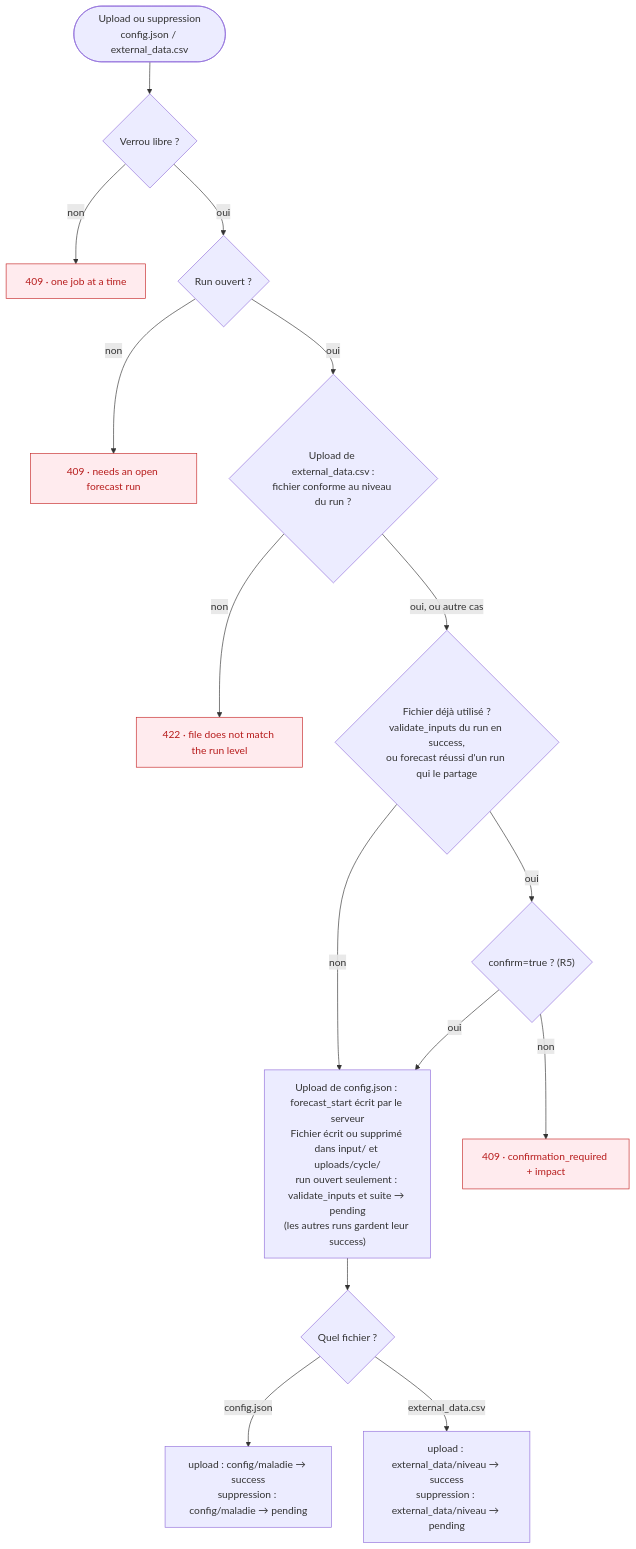
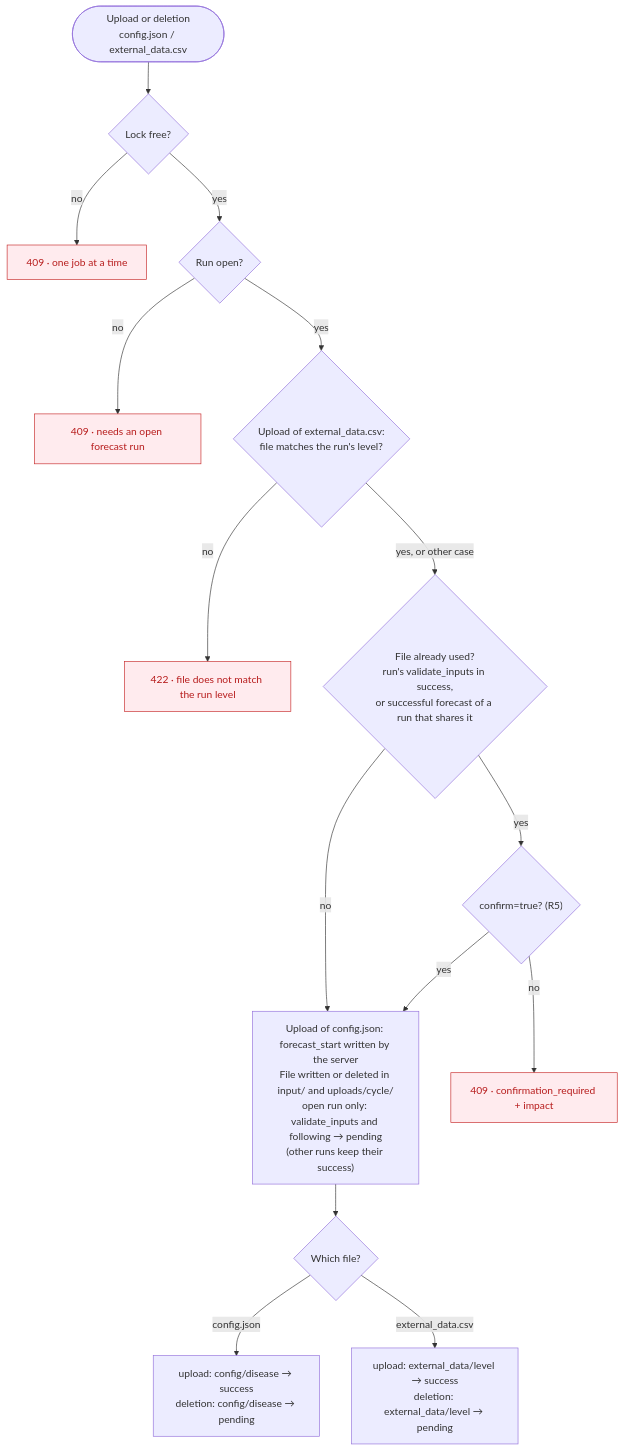
The fourth of 8 diagrams in etlhub/docs/pipeline-checkpoints-diagrams.md (Pivot-Madagascar/pridec-docker), drawn with Mermaid before and after one commit. The commit also changed other lines of this file and 4 other files, not shown here.

````diff
--- a/etlhub/docs/pipeline-checkpoints-diagrams.md
+++ b/etlhub/docs/pipeline-checkpoints-diagrams.md
@@ -240,21 +242,21 @@
 ```mermaid
 flowchart TD
-    A(["Upload ou suppression<br/>config.json / external_data.csv"]) --> L{"Verrou libre ?"}
-    L -- non --> E1["409 · one job at a time"]
-    L -- oui --> R{"Run ouvert ?"}
-    R -- non --> E2["409 · needs an open forecast run"]
-    R -- oui --> LV{"Upload de external_data.csv :<br/>fichier conforme au niveau du run ?"}
-    LV -- non --> E0["422 · file does not match the run level"]
-    LV -- "oui, ou autre cas" --> V{"Fichier déjà utilisé ?<br/>validate_inputs du run en success,<br/>ou forecast réussi d'un run qui le partage"}
-    V -- non --> OK
-    V -- oui --> CF{"confirm=true ? (R5)"}
-    CF -- non --> E3["409 · confirmation_required + impact"]
-    CF -- oui --> OK
-    OK["Upload de config.json : forecast_start écrit par le serveur<br/>Fichier écrit ou supprimé dans input/ et uploads/cycle/<br/>run ouvert seulement : validate_inputs et suite → pending<br/>(les autres runs gardent leur success)"]
-    OK --> K{"Quel fichier ?"}
-    K -- config.json --> K1["upload : config/maladie → success<br/>suppression : config/maladie → pending"]
-    K -- external_data.csv --> K2["upload : external_data/niveau → success<br/>suppression : external_data/niveau → pending"]
+    A(["Upload or deletion<br/>config.json / external_data.csv"]) --> L{"Lock free?"}
+    L -- no --> E1["409 · one job at a time"]
+    L -- yes --> R{"Run open?"}
+    R -- no --> E2["409 · needs an open forecast run"]
+    R -- yes --> LV{"Upload of external_data.csv:<br/>file matches the run's level?"}
+    LV -- no --> E0["422 · file does not match the run level"]
+    LV -- "yes, or other case" --> V{"File already used?<br/>run's validate_inputs in success,<br/>or successful forecast of a run that shares it"}
+    V -- no --> OK
+    V -- yes --> CF{"confirm=true? (R5)"}
+    CF -- no --> E3["409 · confirmation_required + impact"]
+    CF -- yes --> OK
+    OK["Upload of config.json: forecast_start written by the server<br/>File written or deleted in input/ and uploads/cycle/<br/>open run only: validate_inputs and following → pending<br/>(other runs keep their success)"]
+    OK --> K{"Which file?"}
+    K -- config.json --> K1["upload: config/disease → success<br/>deletion: config/disease → pending"]
+    K -- external_data.csv --> K2["upload: external_data/level → success<br/>deletion: external_data/level → pending"]
 
     classDef refuse fill:#ffebee,stroke:#c62828,color:#b71c1c
     class E0,E1,E2,E3 refuse
 ```
````
